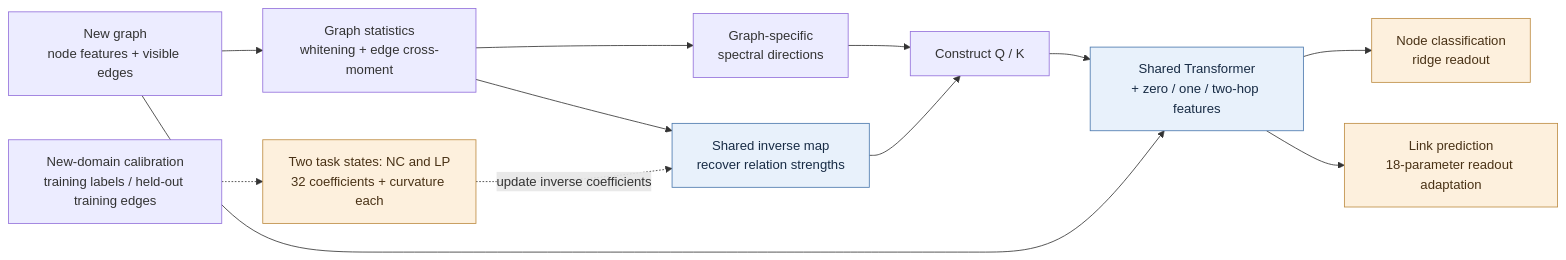
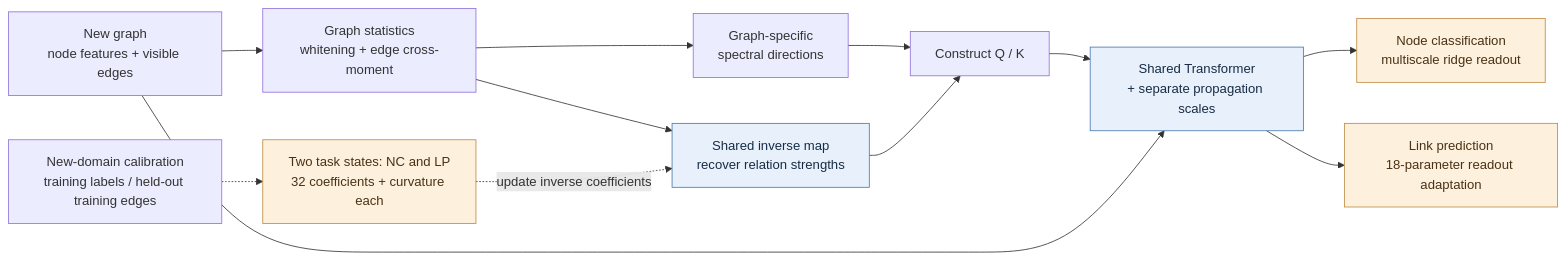
The diagram in README.md (HayesShi/EvoGFM), drawn with Mermaid before and after one commit. The commit also changed other lines of this file and 13 other files, not shown here.

````diff
--- a/README.md
+++ b/README.md
@@ -5,18 +5,18 @@
 ```mermaid
 flowchart LR
     G["New graph<br/>node features + visible edges"] --> M["Graph statistics<br/>whitening + edge cross-moment"]
     M --> D["Graph-specific<br/>spectral directions"]
     M --> I["Shared inverse map<br/>recover relation strengths"]
     D --> Q["Construct Q / K"]
     I --> Q
-    Q --> B["Shared Transformer<br/>+ zero / one / two-hop features"]
+    Q --> B["Shared Transformer<br/>+ separate propagation scales"]
     G --> B
-    B --> NC["Node classification<br/>ridge readout"]
+    B --> NC["Node classification<br/>multiscale ridge readout"]
     B --> LP["Link prediction<br/>18-parameter readout adaptation"]
     C["New-domain calibration<br/>training labels / held-out training edges"] -.-> S["Two task states: NC and LP<br/>32 coefficients + curvature each"]
     S -. "update inverse coefficients" .-> I
     classDef shared fill:#e8f1fb,stroke:#4a78ad,color:#182c45;
     classDef task fill:#fdf0dd,stroke:#bd8c43,color:#493216;
     class I,B shared;
     class NC,LP,S task;
 ```
````
